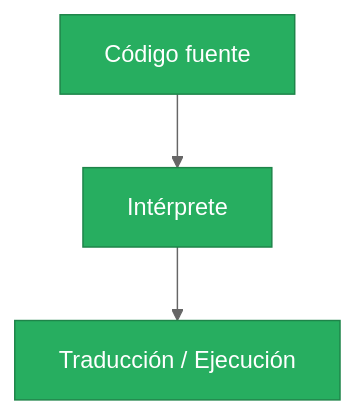
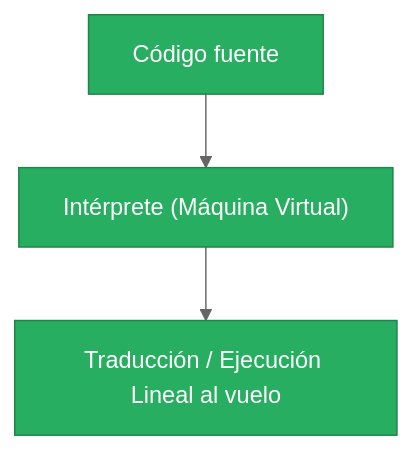
Before and after one commit to FIUBA-Posgrado-Inteligencia-Artificial/intro_ia: the second of 10 diagrams in clase1/teoria/extra_python/README.md, drawn with Mermaid (neutral theme). The commit also changed other lines of this file, not shown here.

````diff
--- a/clase1/teoria/extra_python/README.md
+++ b/clase1/teoria/extra_python/README.md
@@ -48,8 +56,8 @@
 ```mermaid
 graph TD
-    A["Código fuente"] --> B["Intérprete"]
-    B --> C["Traducción / Ejecución"]
+    A["Código fuente"] --> B["Intérprete (Máquina Virtual)"]
+    B --> C["Traducción / Ejecución Lineal al vuelo"]
     style A fill:#27ae60,stroke:#1e8449,color:#fff
     style B fill:#27ae60,stroke:#1e8449,color:#fff
     style C fill:#27ae60,stroke:#1e8449,color:#fff
 ```
````
